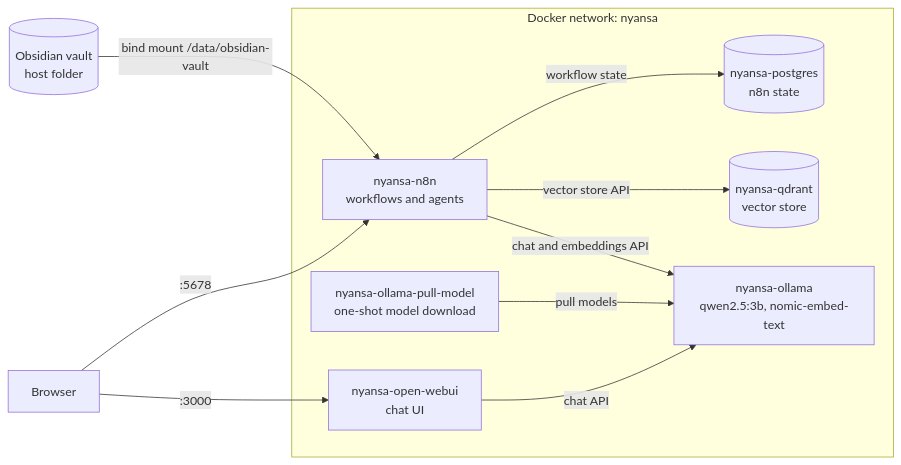
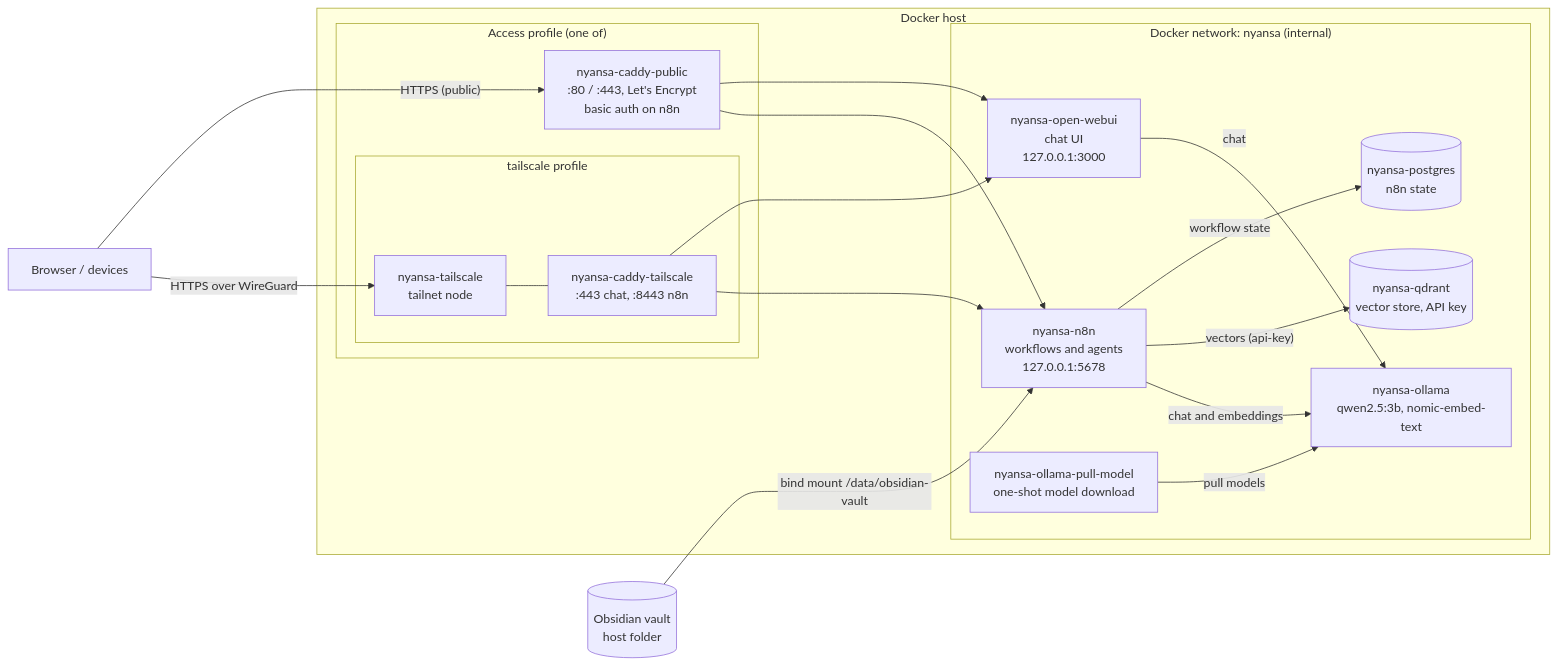
Before and after one commit to Geobatpo07/nyansa: the diagram in README.md, drawn with Mermaid. The commit also changed other lines of this file, not shown here.

First line of the commit message:
docs(readme): document security model, access modes and deployment

````diff
--- a/README.md
+++ b/README.md
@@ -33,23 +42,38 @@
 ```mermaid
 flowchart LR
+    browser["Browser / devices"]
     vault[("Obsidian vault<br/>host folder")]
-    browser["Browser"]
 
-    subgraph stack["Docker network: nyansa"]
-        n8n["nyansa-n8n<br/>workflows and agents"]
-        pg[("nyansa-postgres<br/>n8n state")]
-        qdrant[("nyansa-qdrant<br/>vector store")]
-        ollama["nyansa-ollama<br/>qwen2.5:3b, nomic-embed-text"]
-        pull["nyansa-ollama-pull-model<br/>one-shot model download"]
-        webui["nyansa-open-webui<br/>chat UI"]
+    subgraph host["Docker host"]
+        subgraph edge["Access profile (one of)"]
+            caddyPub["nyansa-caddy-public<br/>:80 / :443, Let's Encrypt<br/>basic auth on n8n"]
+            subgraph ts["tailscale profile"]
+                tailscale["nyansa-tailscale<br/>tailnet node"]
+                caddyTs["nyansa-caddy-tailscale<br/>:443 chat, :8443 n8n"]
+            end
+        end
+
+        subgraph net["Docker network: nyansa (internal)"]
+            webui["nyansa-open-webui<br/>chat UI<br/>127.0.0.1:3000"]
+            n8n["nyansa-n8n<br/>workflows and agents<br/>127.0.0.1:5678"]
+            pg[("nyansa-postgres<br/>n8n state")]
+            qdrant[("nyansa-qdrant<br/>vector store, API key")]
+            ollama["nyansa-ollama<br/>qwen2.5:3b, nomic-embed-text"]
+            pull["nyansa-ollama-pull-model<br/>one-shot model download"]
+        end
     end
 
+    browser -- "HTTPS (public)" --> caddyPub
+    browser -- "HTTPS over WireGuard" --> tailscale
+    tailscale --- caddyTs
+    caddyPub --> webui
+    caddyPub --> n8n
+    caddyTs --> webui
+    caddyTs --> n8n
     vault -- "bind mount /data/obsidian-vault" --> n8n
     n8n -- "workflow state" --> pg
-    n8n -- "vector store API" --> qdrant
-    n8n -- "chat and embeddings API" --> ollama
+    n8n -- "vectors (api-key)" --> qdrant
+    n8n -- "chat and embeddings" --> ollama
+    webui -- "chat" --> ollama
     pull -- "pull models" --> ollama
-    webui -- "chat API" --> ollama
-    browser -- ":5678" --> n8n
-    browser -- ":3000" --> webui
 ```
````
